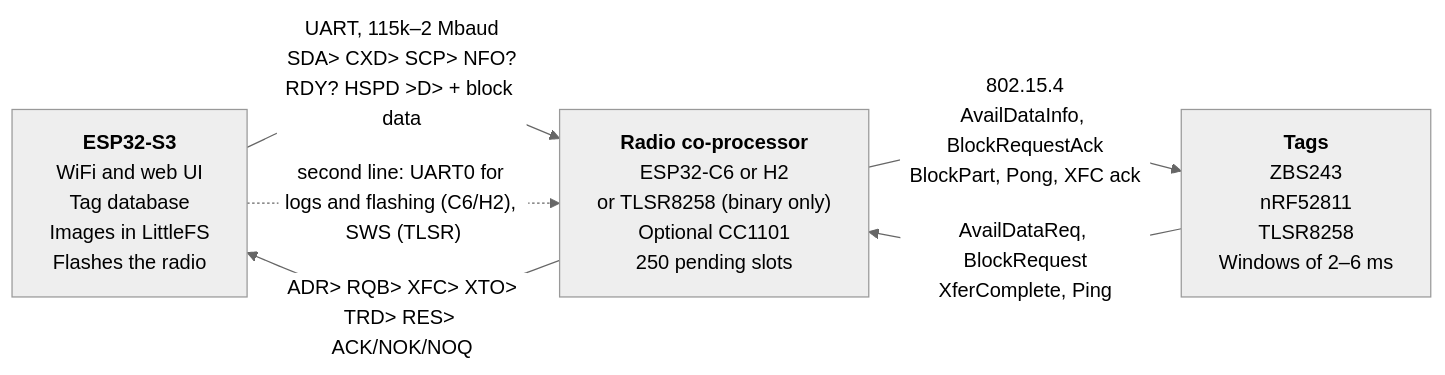
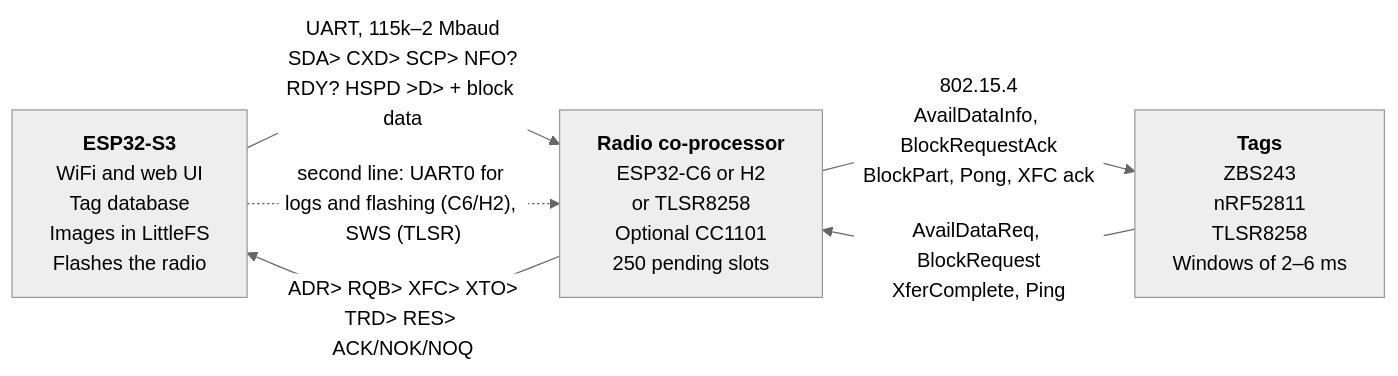
The diagram in docs/design/radio-chain-analysis.md (OpenEPaperLink/OpenEPaperLink), drawn with Mermaid (neutral theme) before and after one commit. The commit also changed other lines of this file and 2 other files, not shown here.

First line of the commit message:
Docs: Tick off the TLSR AP work in the radio chain documents

````diff
--- a/docs/design/radio-chain-analysis.md
+++ b/docs/design/radio-chain-analysis.md
@@ -19,12 +19,12 @@
 ```mermaid
 flowchart LR
     S3["<b>ESP32-S3</b><br/>WiFi and web UI<br/>Tag database<br/>Images in LittleFS<br/>Flashes the radio"]
-    R["<b>Radio co-processor</b><br/>ESP32-C6 or H2<br/>or TLSR8258 (binary only)<br/>Optional CC1101<br/>250 pending slots"]
+    R["<b>Radio co-processor</b><br/>ESP32-C6 or H2<br/>or TLSR8258<br/>Optional CC1101<br/>250 pending slots"]
     T["<b>Tags</b><br/>ZBS243<br/>nRF52811<br/>TLSR8258<br/>Windows of 2–6 ms"]
 
     S3 -- "UART, 115k–2 Mbaud<br/>SDA> CXD> SCP> NFO?<br/>RDY? HSPD >D> + block data" --> R
     R -- "ADR> RQB> XFC> XTO><br/>TRD> RES> ACK/NOK/NOQ" --> S3
     R -- "802.15.4<br/>AvailDataInfo, BlockRequestAck<br/>BlockPart, Pong, XFC ack" --> T
     T -- "AvailDataReq, BlockRequest<br/>XferComplete, Ping" --> R
     S3 -. "second line: UART0 for logs and flashing (C6/H2), SWS (TLSR)" .-> R
 ```
````
